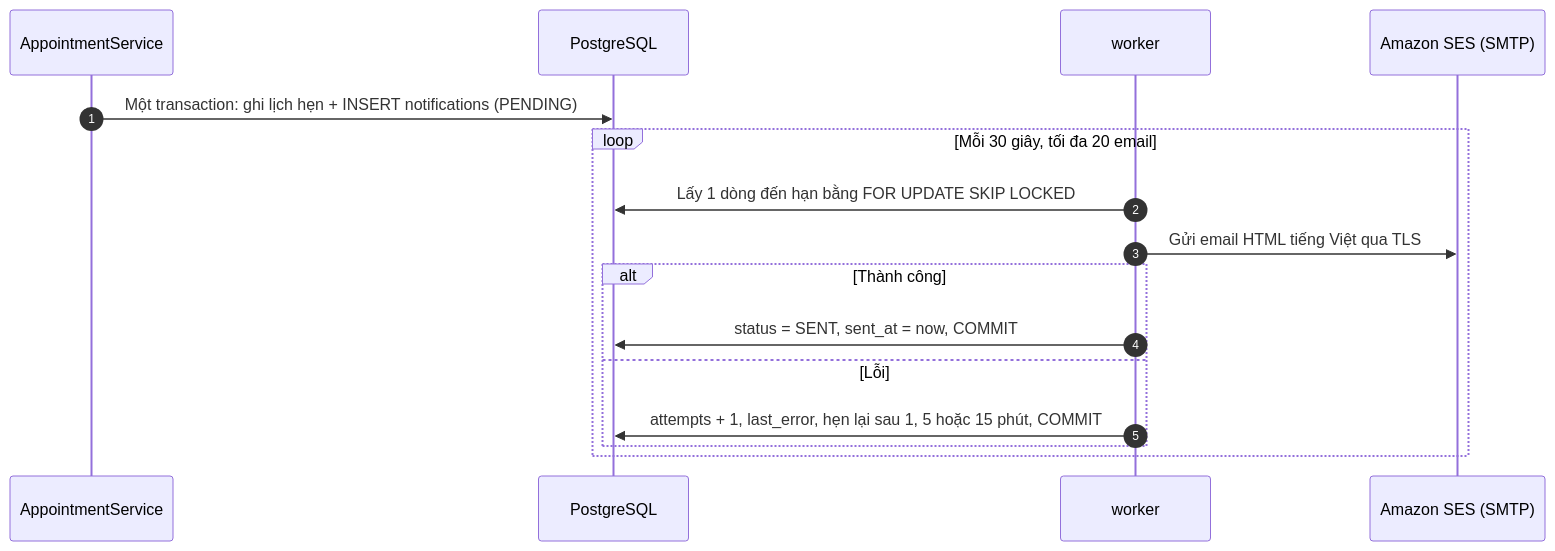
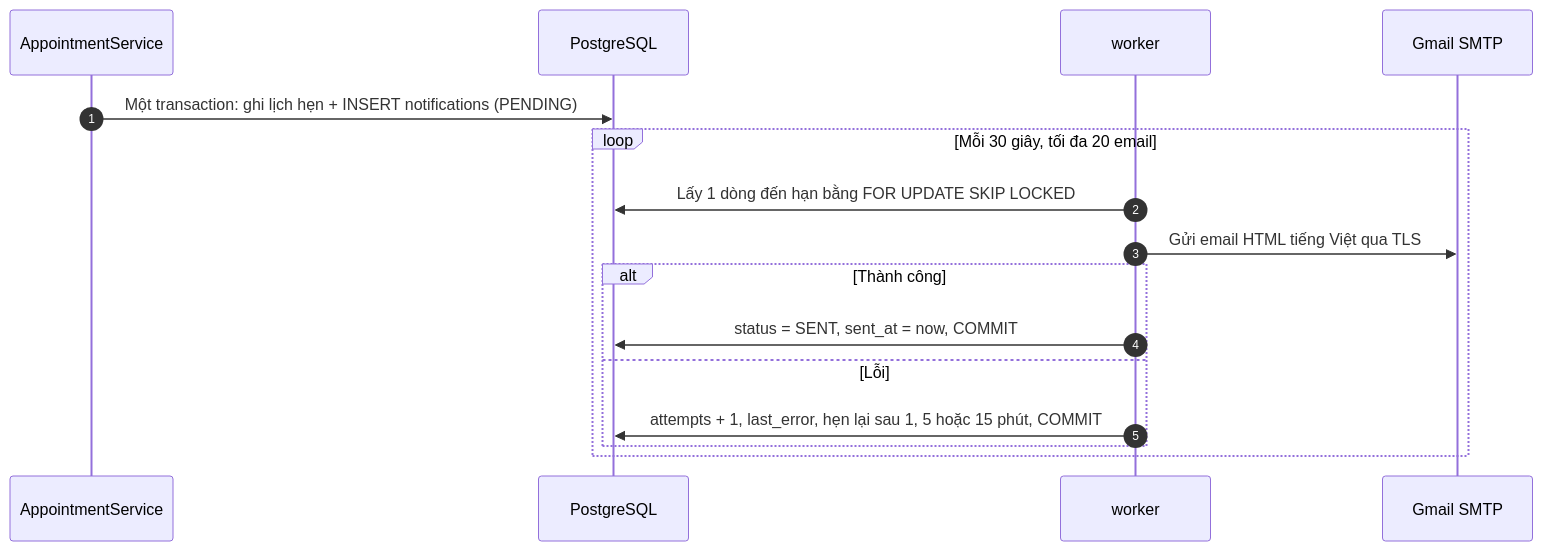
Before and after one commit to phamtuanviet/DACN_23020172: diagram 12 of 13 in docs/System Design — Hệ thống đặt lịch khám bệnh tích hợp AI Agent.md, drawn with Mermaid. The commit also changed other lines of this file and 7 other files, not shown here.

First line of the commit message:
chore(deploy): gửi email qua Gmail SMTP thay Amazon SES

````diff
--- a/docs/System Design — Hệ thống đặt lịch khám bệnh tích hợp AI Agent.md
+++ b/docs/System Design — Hệ thống đặt lịch khám bệnh tích hợp AI Agent.md
@@ -1180,18 +1180,18 @@
 ```mermaid
 sequenceDiagram
     autonumber
     participant SV as AppointmentService
     participant DB as PostgreSQL
     participant W as worker
-    participant SES as Amazon SES (SMTP)
+    participant SES as Gmail SMTP
     SV->>DB: Một transaction: ghi lịch hẹn + INSERT notifications (PENDING)
     loop Mỗi 30 giây, tối đa 20 email
         W->>DB: Lấy 1 dòng đến hạn bằng FOR UPDATE SKIP LOCKED
         W->>SES: Gửi email HTML tiếng Việt qua TLS
         alt Thành công
             W->>DB: status = SENT, sent_at = now, COMMIT
         else Lỗi
             W->>DB: attempts + 1, last_error, hẹn lại sau 1, 5 hoặc 15 phút, COMMIT
         end
     end
 ```
````
